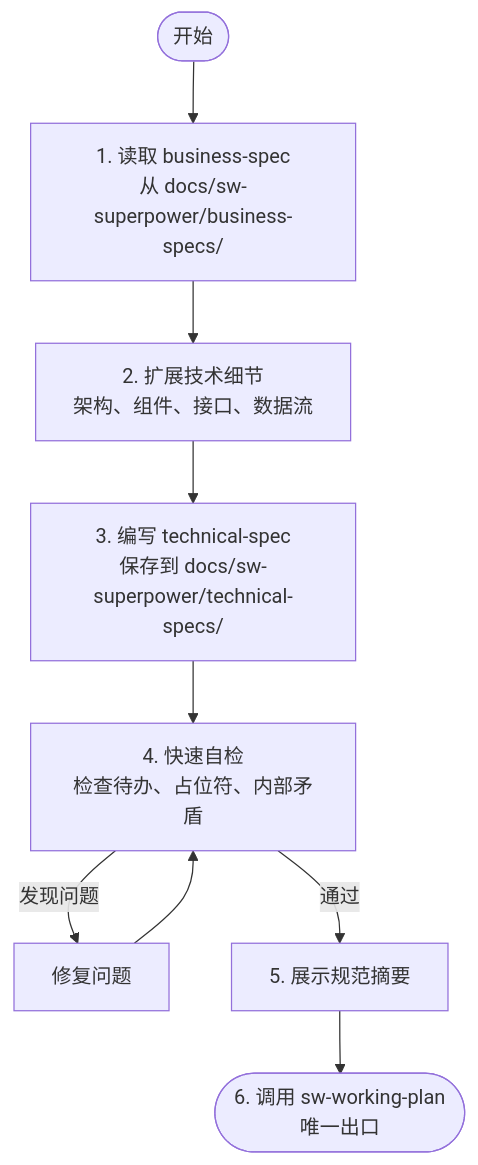
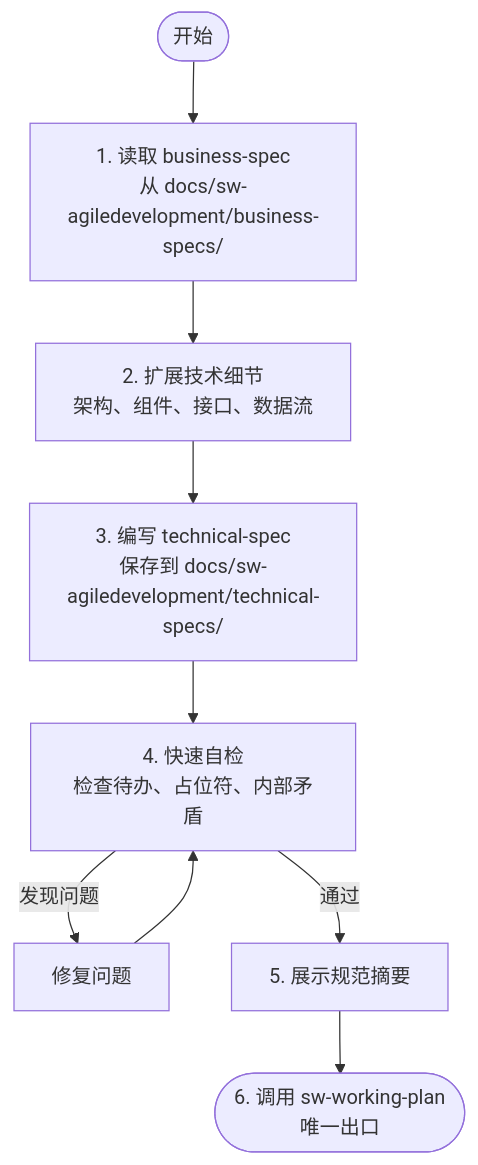
One commit to vaycentsun/sw-agiledevelopment changed the diagram in sw-technical-spec/SKILL.md. Above: the diagram before and after it, drawn with Mermaid. The commit also changed other lines of this file and 29 other files, not shown here.

First line of the commit message:
Rename project from sw-superpower to sw-agiledevelopment

````diff
--- a/sw-technical-spec/SKILL.md
+++ b/sw-technical-spec/SKILL.md
@@ -43,11 +43,11 @@
 ```mermaid
 flowchart TD
-    Start([开始]) --> ReadBusiness[1. 读取 business-spec<br/>从 docs/sw-superpower/business-specs/]
+    Start([开始]) --> ReadBusiness[1. 读取 business-spec<br/>从 docs/sw-agiledevelopment/business-specs/]
     ReadBusiness --> Expand[2. 扩展技术细节<br/>架构、组件、接口、数据流]
-    Expand --> WriteSpec[3. 编写 technical-spec<br/>保存到 docs/sw-superpower/technical-specs/]
+    Expand --> WriteSpec[3. 编写 technical-spec<br/>保存到 docs/sw-agiledevelopment/technical-specs/]
     WriteSpec --> QuickReview[4. 快速自检<br/>检查待办、占位符、内部矛盾]
     QuickReview -->|发现问题| Fix[修复问题]
     Fix --> QuickReview
     QuickReview -->|通过| ShowSummary[5. 展示规范摘要]
     ShowSummary --> InvokePlan([6. 调用 sw-working-plan<br/>唯一出口])
 ```
````
